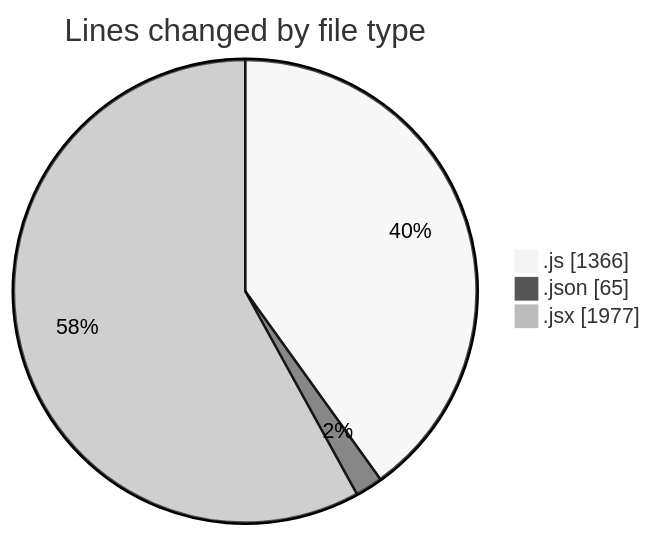
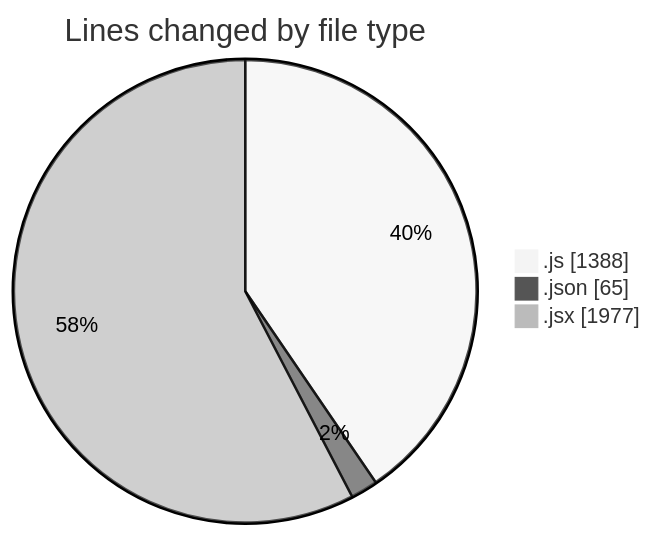
The first of 2 diagrams in 2026-01-14/nxtqube_webapp/README.md (nxtqubesakshisongat/code-tracking), drawn with Mermaid (neutral theme) before and after one commit. The commit also changed other lines of this file and 1 other file, not shown here.

````diff
--- a/2026-01-14/nxtqube_webapp/README.md
+++ b/2026-01-14/nxtqube_webapp/README.md
@@ -26,7 +26,7 @@
 ```mermaid
 pie showData
 title Lines changed by file type
-".js" : 1366
+".js" : 1388
 ".json" : 65
 ".jsx" : 1977
 ```
````
